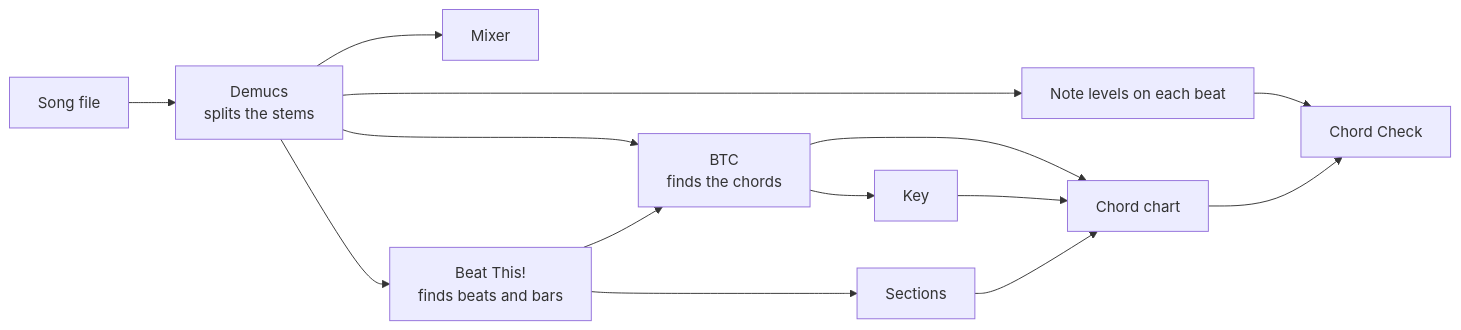
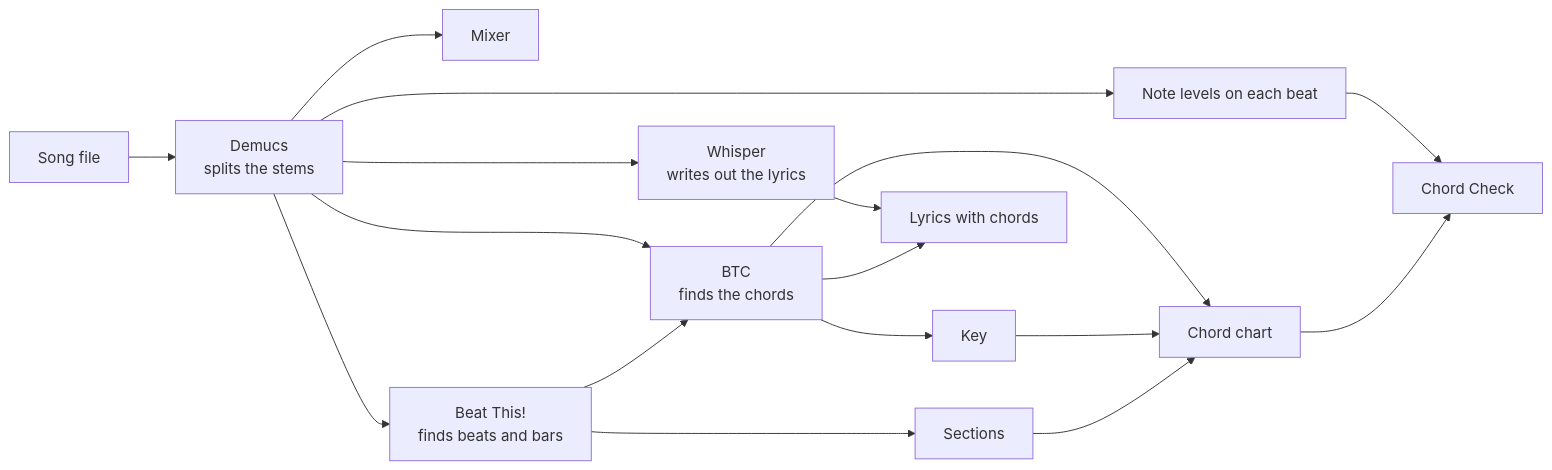
Before and after one commit to shmizi/music-in-parts: the diagram in README.md, drawn with Mermaid. The commit also changed other lines of this file and 16 other files, not shown here.

Commit message:
Add lyrics with chords above the words, in many languages

````diff
--- a/README.md
+++ b/README.md
@@ -44,16 +54,19 @@
 ```mermaid
 flowchart LR
     A[Song file] --> B[Demucs<br>splits the stems]
     B --> C[Mixer]
     B --> D[Beat This!<br>finds beats and bars]
     B --> E[BTC<br>finds the chords]
     D --> E
     E --> F[Key]
     D --> G[Sections]
     B --> H[Note levels on each beat]
     E --> I[Chord chart]
     F --> I
     G --> I
     H --> J[Chord Check]
     I --> J
+    B --> K[Whisper<br>writes out the lyrics]
+    K --> L[Lyrics with chords]
+    E --> L
 ```
````
